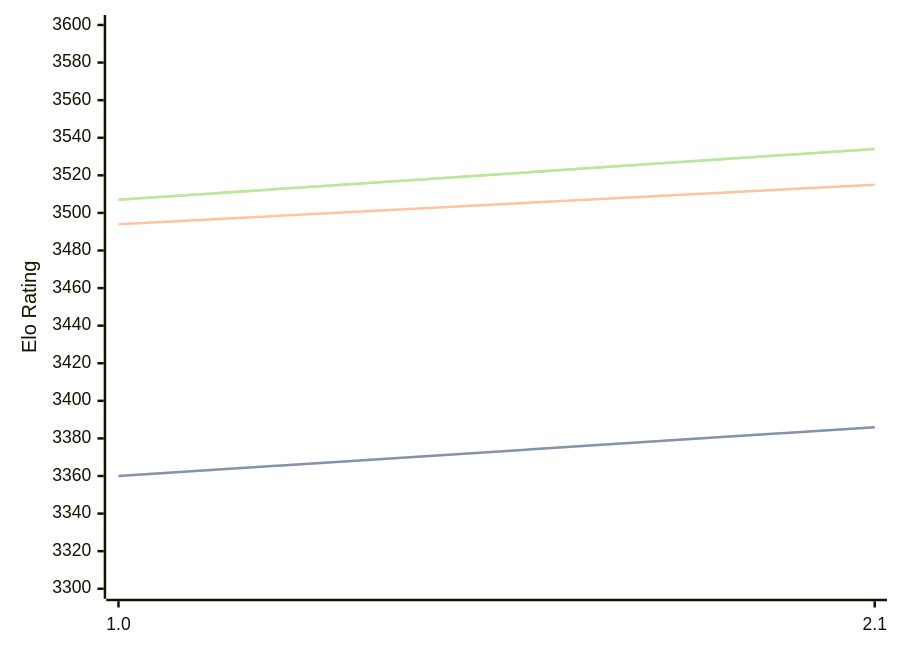
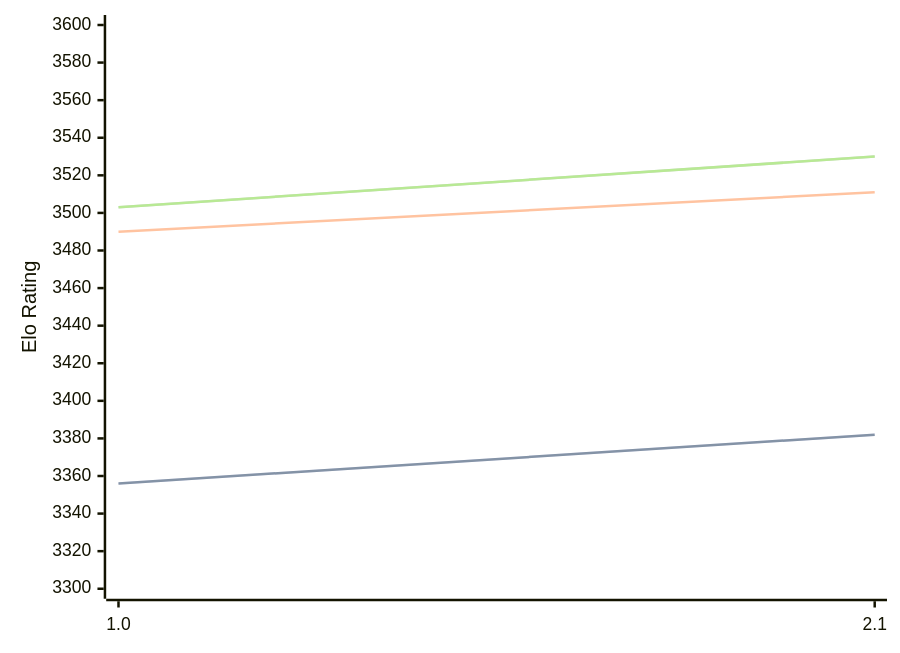
One commit to computer-chess-index/cci changed the third of 3 diagrams in engines/Hobbes.md. Above: the diagram before and after it, drawn with Mermaid. The commit also changed other lines of this file, not shown here.

Commit message:
Update CCI Ratings (ELO VLTC) - 2026-07-16

````diff
--- a/engines/Hobbes.md
+++ b/engines/Hobbes.md
@@ -66,11 +66,11 @@
 ```mermaid
 %%{init: {"theme":"base","themeVariables":{"seriesColors:['#a3a3a3','#222221','#faa371']}}}%%
 xychart-beta
   x-axis ["1.0", "2.1"]
   y-axis "Elo Rating" 3300 --> 3600
-  line "STC (8.0+0.08s)" [3360, 3386]
-  line "STC (8.0+0.08s)" [3360, 3386]
-  line "LTC (60.0+0.60s)" [3494, 3515]
-  line "VLTC (2m24s+1.12s)" [3507, 3534]
-  line "VLTC (2m24s+1.12s)" [3507, 3534]
+  line "STC (8.0+0.08s)" [3356, 3382]
+  line "STC (8.0+0.08s)" [3356, 3382]
+  line "LTC (60.0+0.60s)" [3490, 3511]
+  line "VLTC (2m24s+1.12s)" [3503, 3530]
+  line "VLTC (2m24s+1.12s)" [3503, 3530]
 ```
````
